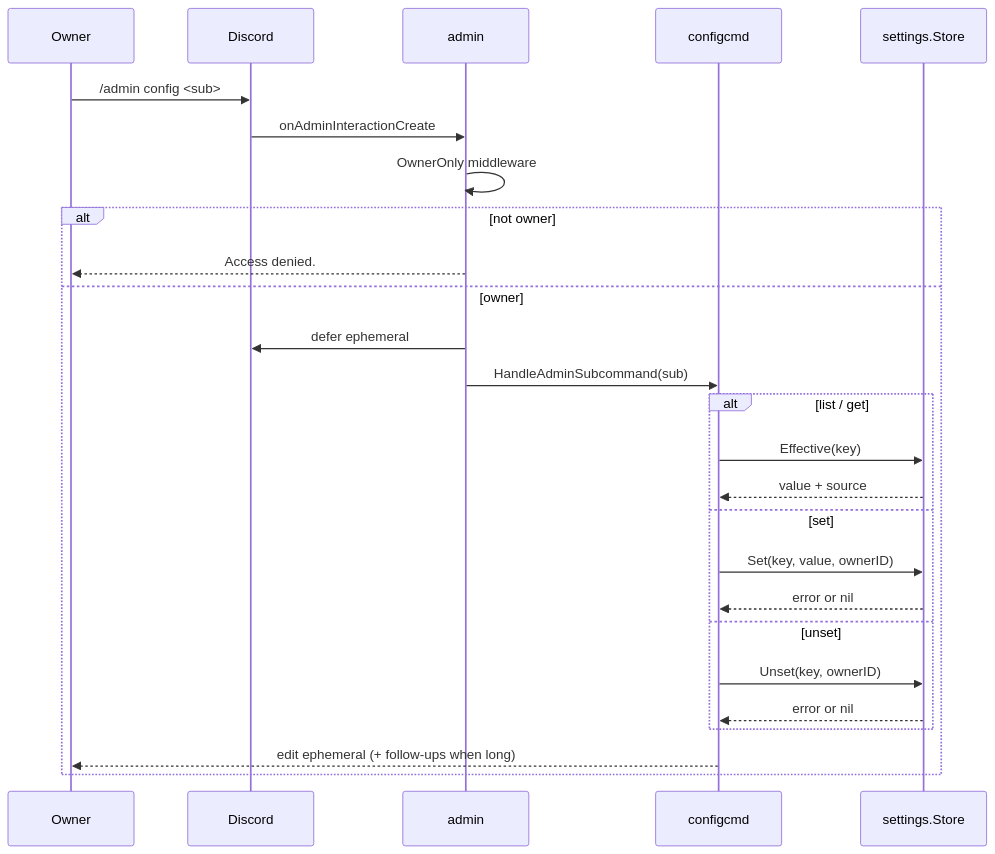
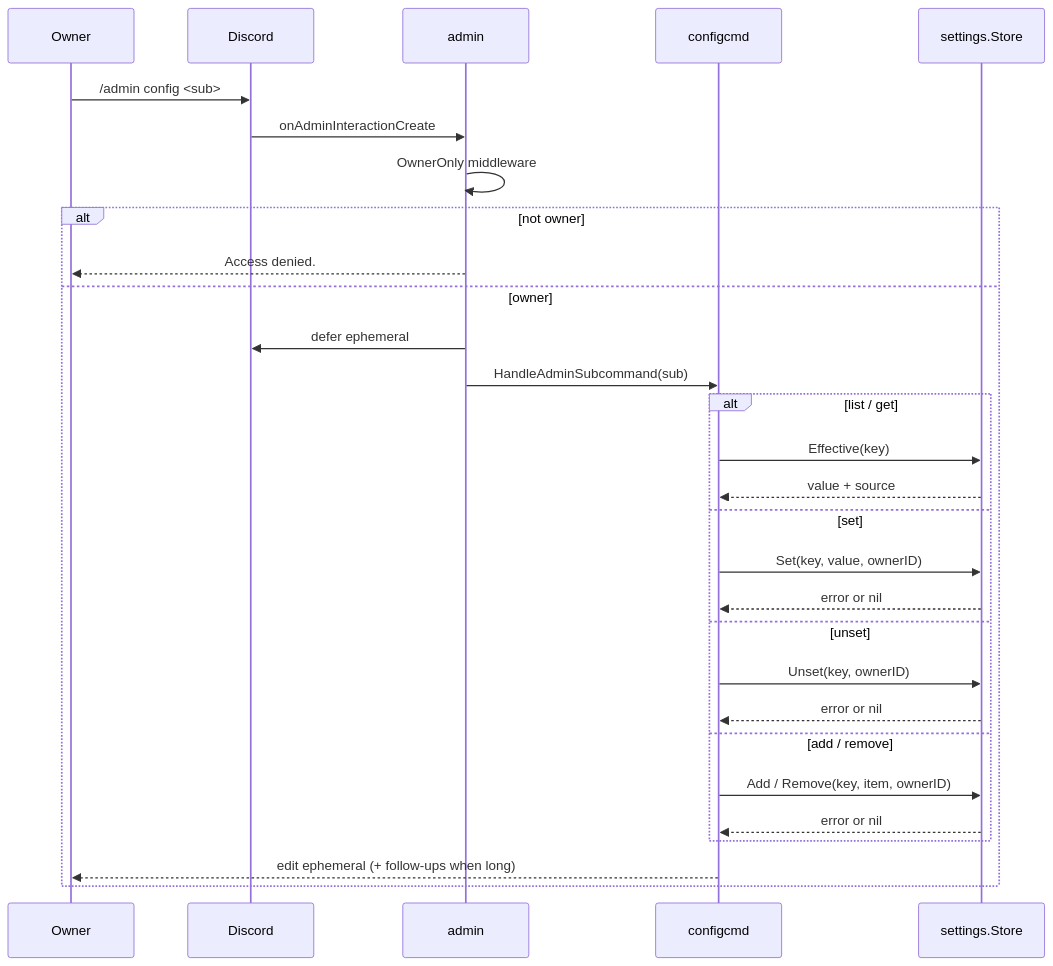
The first of 2 diagrams in docs/modules/configcmd.md (toksikk/gidbig), drawn with Mermaid before and after one commit. The commit also changed other lines of this file and 19 other files, not shown here.

````diff
--- a/docs/modules/configcmd.md
+++ b/docs/modules/configcmd.md
@@ -43,29 +53,32 @@
 ```mermaid
 sequenceDiagram
     participant O as Owner
     participant D as Discord
     participant A as admin
     participant C as configcmd
     participant S as settings.Store
 
     O->>D: /admin config <sub>
     D->>A: onAdminInteractionCreate
     A->>A: OwnerOnly middleware
     alt not owner
         A-->>O: Access denied.
     else owner
         A->>D: defer ephemeral
         A->>C: HandleAdminSubcommand(sub)
         alt list / get
             C->>S: Effective(key)
             S-->>C: value + source
         else set
             C->>S: Set(key, value, ownerID)
             S-->>C: error or nil
         else unset
             C->>S: Unset(key, ownerID)
             S-->>C: error or nil
+        else add / remove
+            C->>S: Add / Remove(key, item, ownerID)
+            S-->>C: error or nil
         end
         C-->>O: edit ephemeral (+ follow-ups when long)
     end
 ```
````
